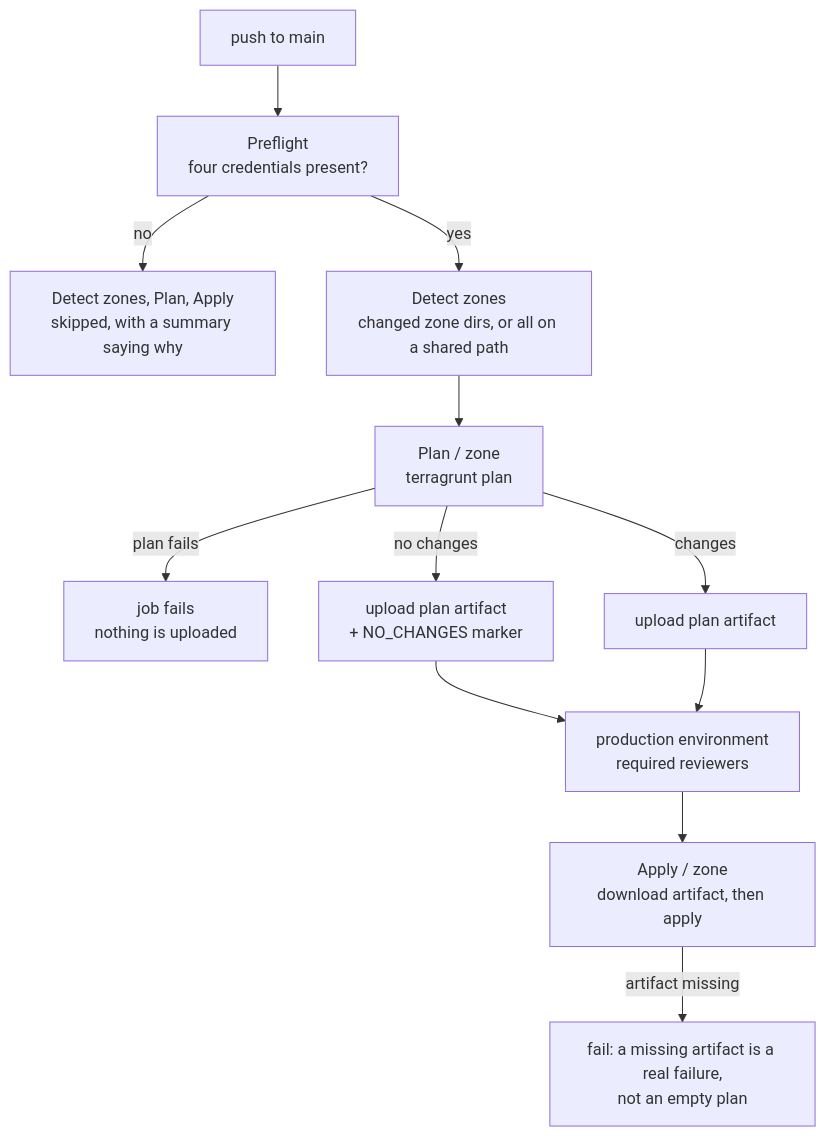
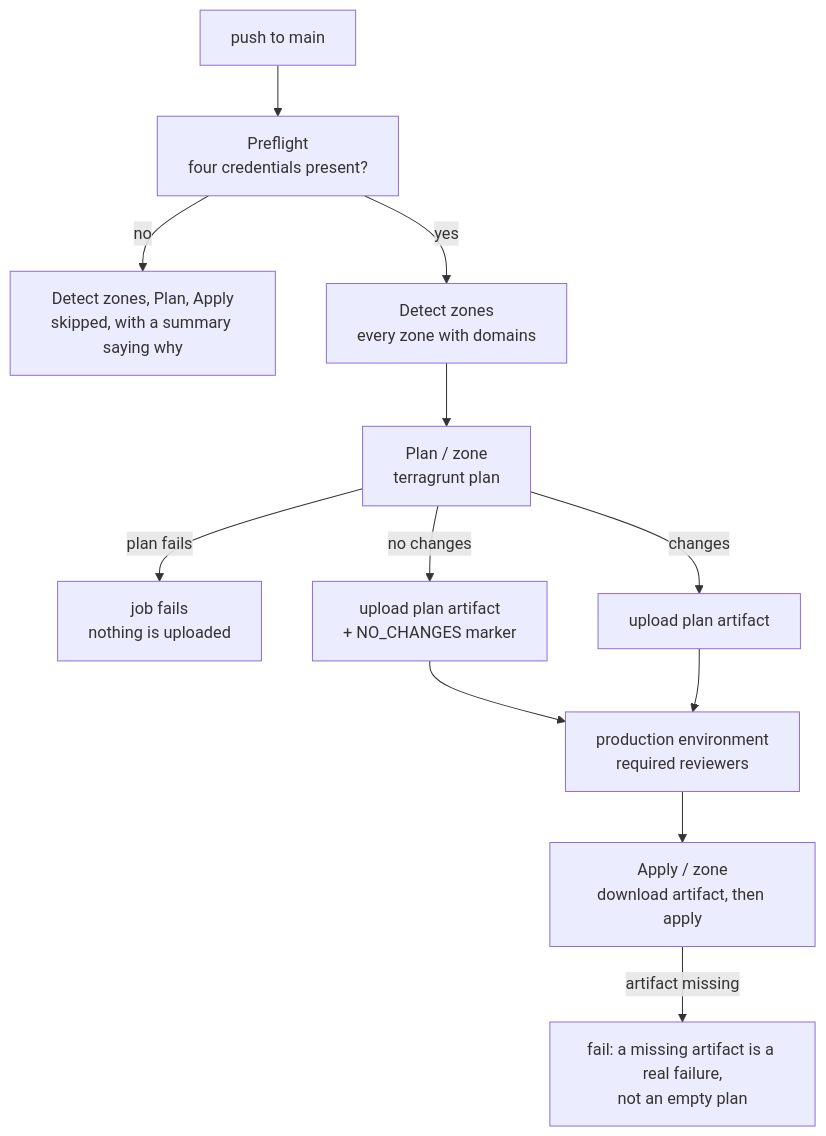
The second of 2 diagrams in docs/PIPELINES.md (gennadiygrinenko/cloudflare-dns-iac-template), drawn with Mermaid before and after one commit. The commit also changed other lines of this file and 5 other files, not shown here.

First line of the commit message:
fix: zone detection missed the composite action and kept deleted zones

````diff
--- a/docs/PIPELINES.md
+++ b/docs/PIPELINES.md
@@ -56,14 +56,14 @@
 ```mermaid
 flowchart TD
     push["push to main"] --> pre["Preflight<br/>four credentials present?"]
     pre -->|"no"| skipped["Detect zones, Plan, Apply<br/>skipped, with a summary saying why"]
-    pre -->|"yes"| detect["Detect zones<br/>changed zone dirs, or all on a shared path"]
+    pre -->|"yes"| detect["Detect zones<br/>every zone with domains"]
     detect --> plan["Plan / zone<br/>terragrunt plan"]
     plan -->|"plan fails"| red["job fails<br/>nothing is uploaded"]
     plan -->|"no changes"| marker["upload plan artifact<br/>+ NO_CHANGES marker"]
     plan -->|"changes"| artifact["upload plan artifact"]
     marker --> approval
     artifact --> approval
     approval["production environment<br/>required reviewers"] --> apply["Apply / zone<br/>download artifact, then apply"]
     apply -->|"artifact missing"| fail["fail: a missing artifact is a real failure,<br/>not an empty plan"]
 ```
````
